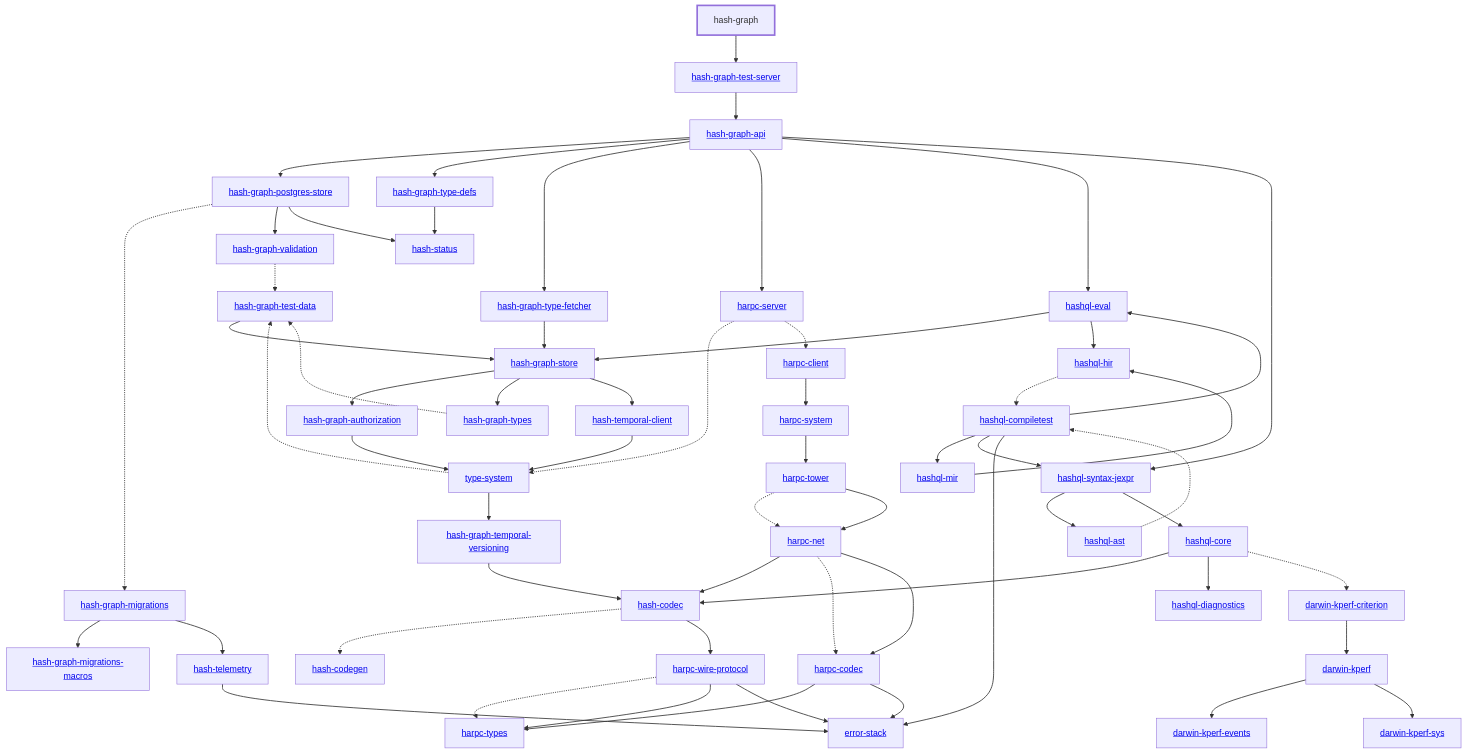
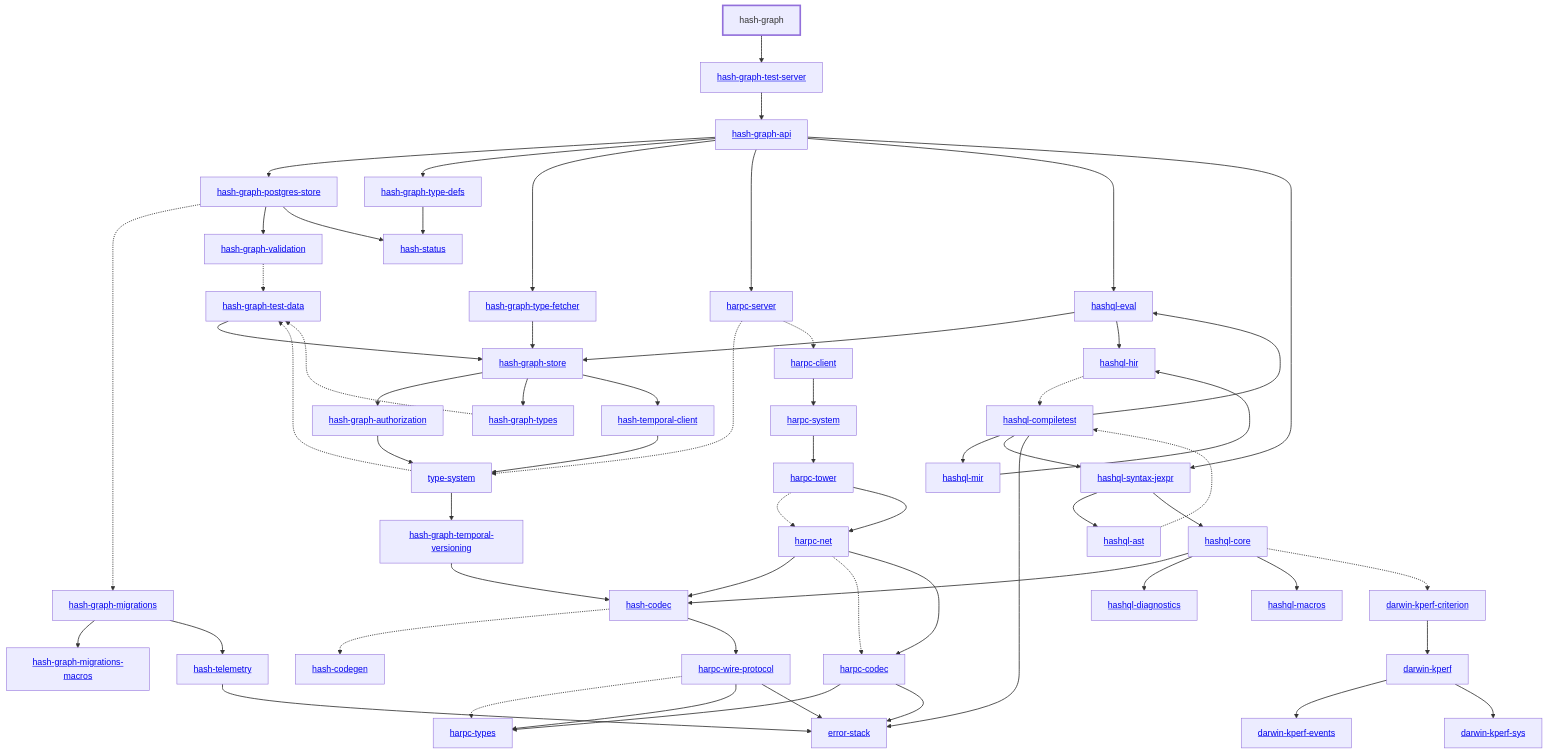
One commit to hashintel/hash changed the diagram in apps/hash-graph/docs/dependency-diagram.mmd. Above: the diagram before and after it, drawn with Mermaid. The commit also changed 68 other files, not shown here.

Commit message:
BE-427: Add hashql-macros crate with procedural macros for ID types and symbols (#8495)

```diff
--- a/apps/hash-graph/docs/dependency-diagram.mmd
+++ b/apps/hash-graph/docs/dependency-diagram.mmd
@@ -1,112 +1,114 @@
 graph TD
     linkStyle default stroke-width:1.5px
     classDef default stroke-width:1px
     classDef root stroke-width:3px
     classDef dev stroke-width:1px
     classDef build stroke-width:1px
     %% Legend
     %% --> : Normal dependency
     %% -.-> : Dev dependency
     %% ---> : Build dependency
     0[hash-graph]
     class 0 root
     1[<a href="../type_system/index.html">type-system</a>]
     2[<a href="../hash_codec/index.html">hash-codec</a>]
     3[<a href="../hash_codegen/index.html">hash-codegen</a>]
     4[<a href="../hash_graph_api/index.html">hash-graph-api</a>]
     5[<a href="../hash_graph_authorization/index.html">hash-graph-authorization</a>]
     6[<a href="../hash_graph_migrations/index.html">hash-graph-migrations</a>]
     7[<a href="../hash_graph_migrations_macros/index.html">hash-graph-migrations-macros</a>]
     8[<a href="../hash_graph_postgres_store/index.html">hash-graph-postgres-store</a>]
     9[<a href="../hash_graph_store/index.html">hash-graph-store</a>]
     10[<a href="../hash_graph_temporal_versioning/index.html">hash-graph-temporal-versioning</a>]
     11[<a href="../hash_graph_test_server/index.html">hash-graph-test-server</a>]
     12[<a href="../hash_graph_type_defs/index.html">hash-graph-type-defs</a>]
     13[<a href="../hash_graph_type_fetcher/index.html">hash-graph-type-fetcher</a>]
     14[<a href="../hash_graph_types/index.html">hash-graph-types</a>]
     15[<a href="../hash_graph_validation/index.html">hash-graph-validation</a>]
     16[<a href="../harpc_client/index.html">harpc-client</a>]
     17[<a href="../harpc_codec/index.html">harpc-codec</a>]
     18[<a href="../harpc_net/index.html">harpc-net</a>]
     19[<a href="../harpc_server/index.html">harpc-server</a>]
     20[<a href="../harpc_system/index.html">harpc-system</a>]
     21[<a href="../harpc_tower/index.html">harpc-tower</a>]
     22[<a href="../harpc_types/index.html">harpc-types</a>]
     23[<a href="../harpc_wire_protocol/index.html">harpc-wire-protocol</a>]
     24[<a href="../hashql_ast/index.html">hashql-ast</a>]
     25[<a href="../hashql_compiletest/index.html">hashql-compiletest</a>]
     26[<a href="../hashql_core/index.html">hashql-core</a>]
     27[<a href="../hashql_diagnostics/index.html">hashql-diagnostics</a>]
     28[<a href="../hashql_eval/index.html">hashql-eval</a>]
     29[<a href="../hashql_hir/index.html">hashql-hir</a>]
-    30[<a href="../hashql_mir/index.html">hashql-mir</a>]
-    31[<a href="../hashql_syntax_jexpr/index.html">hashql-syntax-jexpr</a>]
-    32[<a href="../hash_status/index.html">hash-status</a>]
-    33[<a href="../hash_telemetry/index.html">hash-telemetry</a>]
-    34[<a href="../hash_temporal_client/index.html">hash-temporal-client</a>]
-    35[<a href="../darwin_kperf/index.html">darwin-kperf</a>]
-    36[<a href="../darwin_kperf_criterion/index.html">darwin-kperf-criterion</a>]
-    37[<a href="../darwin_kperf_events/index.html">darwin-kperf-events</a>]
-    38[<a href="../darwin_kperf_sys/index.html">darwin-kperf-sys</a>]
-    39[<a href="../error_stack/index.html">error-stack</a>]
-    40[<a href="../hash_graph_test_data/index.html">hash-graph-test-data</a>]
+    30[<a href="../hashql_macros/index.html">hashql-macros</a>]
+    31[<a href="../hashql_mir/index.html">hashql-mir</a>]
+    32[<a href="../hashql_syntax_jexpr/index.html">hashql-syntax-jexpr</a>]
+    33[<a href="../hash_status/index.html">hash-status</a>]
+    34[<a href="../hash_telemetry/index.html">hash-telemetry</a>]
+    35[<a href="../hash_temporal_client/index.html">hash-temporal-client</a>]
+    36[<a href="../darwin_kperf/index.html">darwin-kperf</a>]
+    37[<a href="../darwin_kperf_criterion/index.html">darwin-kperf-criterion</a>]
+    38[<a href="../darwin_kperf_events/index.html">darwin-kperf-events</a>]
+    39[<a href="../darwin_kperf_sys/index.html">darwin-kperf-sys</a>]
+    40[<a href="../error_stack/index.html">error-stack</a>]
+    41[<a href="../hash_graph_test_data/index.html">hash-graph-test-data</a>]
     0 --> 11
     1 --> 10
-    1 -.-> 40
+    1 -.-> 41
     2 -.-> 3
     2 --> 23
     4 --> 8
     4 --> 12
     4 --> 13
     4 --> 19
     4 --> 28
-    4 --> 31
+    4 --> 32
     5 --> 1
     6 --> 7
-    6 --> 33
+    6 --> 34
     8 -.-> 6
     8 --> 15
-    8 --> 32
+    8 --> 33
     9 --> 5
     9 --> 14
-    9 --> 34
+    9 --> 35
     10 --> 2
     11 --> 4
-    12 --> 32
+    12 --> 33
     13 --> 9
-    14 -.-> 40
-    15 -.-> 40
+    14 -.-> 41
+    15 -.-> 41
     16 --> 20
     17 --> 22
-    17 --> 39
+    17 --> 40
     18 --> 2
     18 -.-> 17
     18 --> 17
     19 -.-> 1
     19 -.-> 16
     20 --> 21
     21 -.-> 18
     21 --> 18
     23 -.-> 22
     23 --> 22
-    23 --> 39
+    23 --> 40
     24 -.-> 25
     25 --> 28
-    25 --> 30
     25 --> 31
-    25 --> 39
+    25 --> 32
+    25 --> 40
     26 --> 2
     26 --> 27
-    26 -.-> 36
+    26 --> 30
+    26 -.-> 37
     28 --> 9
     28 --> 29
     29 -.-> 25
-    30 --> 29
-    31 --> 24
-    31 --> 26
-    33 --> 39
-    34 --> 1
-    35 --> 37
-    35 --> 38
-    36 --> 35
-    40 --> 9
+    31 --> 29
+    32 --> 24
+    32 --> 26
+    34 --> 40
+    35 --> 1
+    36 --> 38
+    36 --> 39
+    37 --> 36
+    41 --> 9
```
